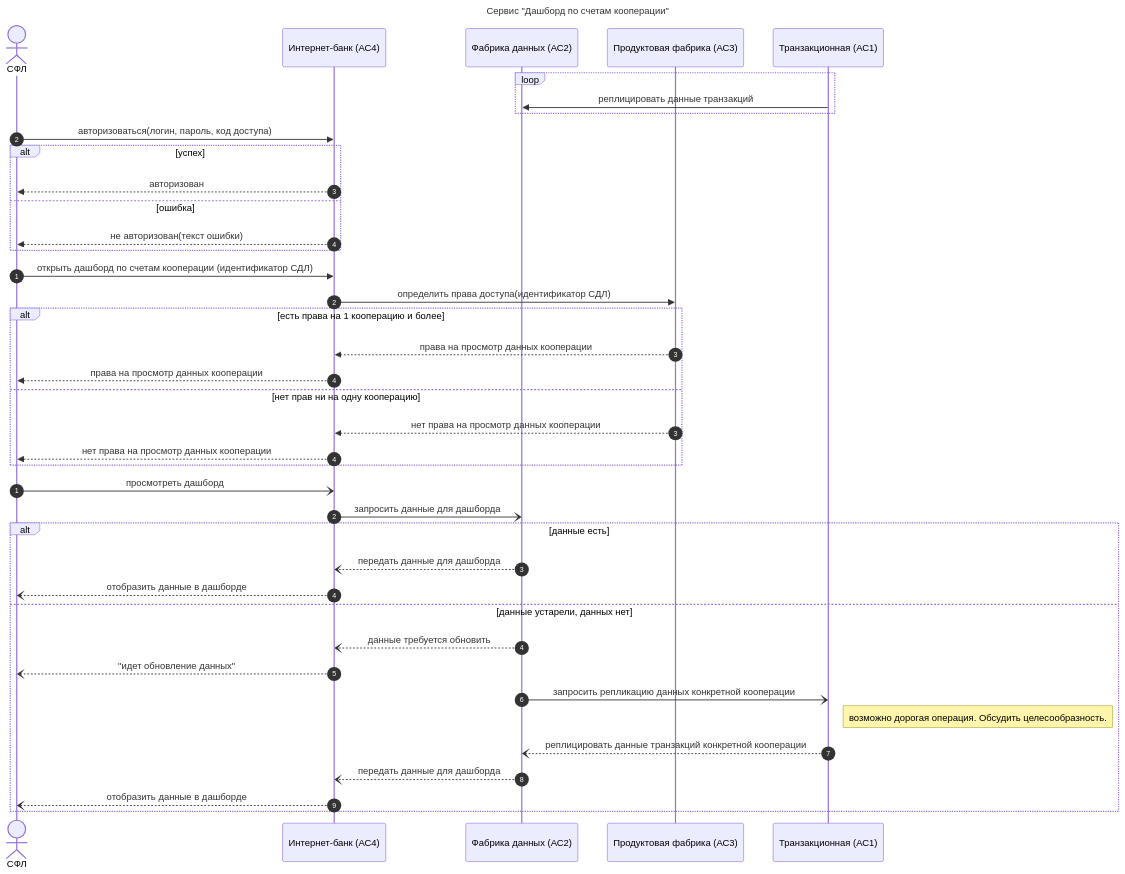
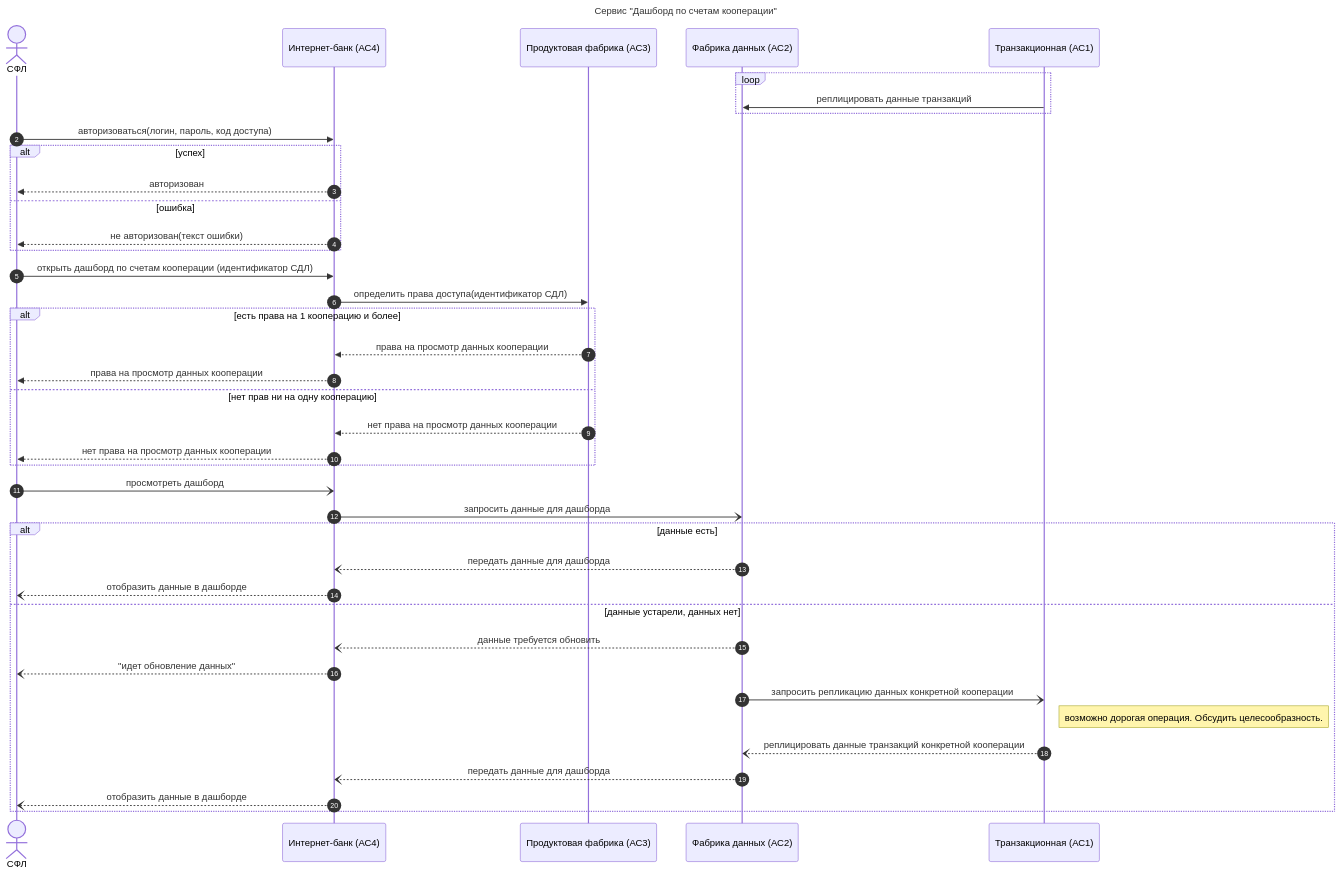
Before and after one commit to oleshko-g/sa_cases: the second of 2 diagrams in corporate_banking/# case.md, drawn with Mermaid.

Commit message:
Убрать автонумерация в sequence диаграмме corporate_banking

````diff
--- a/corporate_banking/# case.md
+++ b/corporate_banking/# case.md
@@ -63,54 +63,55 @@
 ```mermaid
 ---
 title: Сервис "Дашборд по счетам кооперации"
 ---
 sequenceDiagram
 actor СФЛ
 participant АС4 as Интернет-банк (АС4)
+participant АС3 as Продуктовая фабрика (АС3)
 participant АС2 as Фабрика данных (АС2)
-participant АС3 as Продуктовая фабрика (АС3)
+
 participant АС1 as Транзакционная (АС1)
 
 loop
 АС1->>АС2:реплицировать данные транзакций
 end 
 
 autonumber
 СФЛ->>АС4: авторизоваться(логин, пароль, код доступа)
 
 alt успех
 АС4-->>СФЛ: авторизован
 else ошибка
 АС4-->>СФЛ: не авторизован(текст ошибки)
 end
 
-autonumber 1
+
 СФЛ->>АС4: открыть дашборд по счетам кооперации (идентификатор СДЛ)
 АС4->>АС3: определить права доступа(идентификатор СДЛ)
 
 alt есть права на 1 кооперацию и более
 АС3-->>АС4: права на просмотр данных кооперации
 АС4-->>СФЛ: права на просмотр данных кооперации
 else нет прав ни на одну кооперацию
-autonumber 3
+
 АС3-->>АС4: нет права на просмотр данных кооперации
 АС4-->>СФЛ: нет права на просмотр данных кооперации
 end 
 
-autonumber 1
+
 СФЛ-)АС4: просмотреть дашборд
 АС4-)АС2: запросить данные для дашборда
 alt данные есть
 АС2--)АС4: передать данные для дашборда
 АС4--)СФЛ: отобразить данные в дашборде
 else данные устарели, данных нет
-autonumber 4
+
 АС2--)АС4: данные требуется обновить 
 АС4--)СФЛ: "идет обновление данных"
 АС2-)АС1: запросить репликацию данных конкретной кооперации
 note right of АС1: возможно дорогая операция. Обсудить целесообразность.
 АС1--)АС2: реплицировать данные транзакций конкретной кооперации
 АС2--)АС4: передать данные для дашборда
 АС4--)СФЛ: отобразить данные в дашборде
 end
 ```
````
